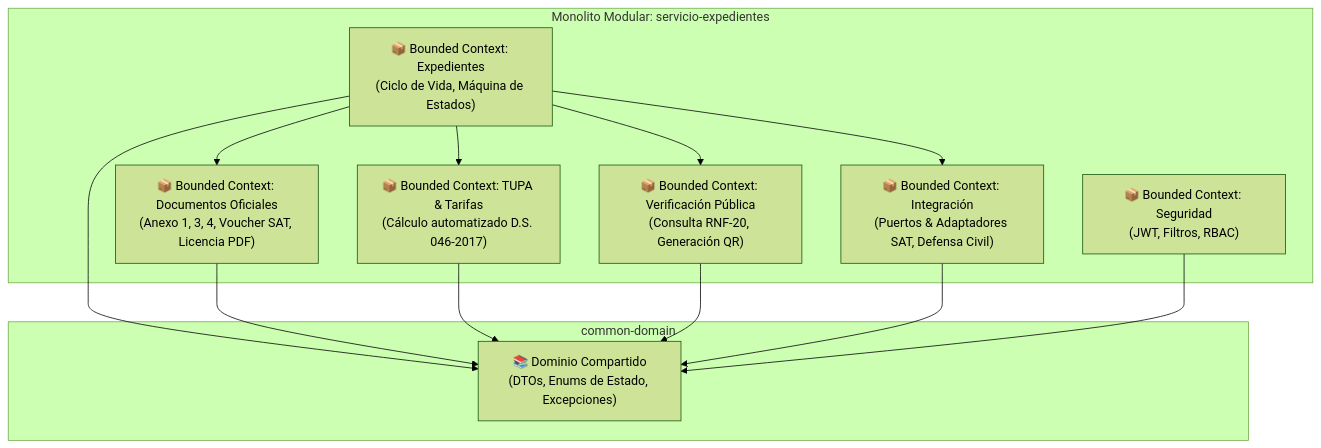
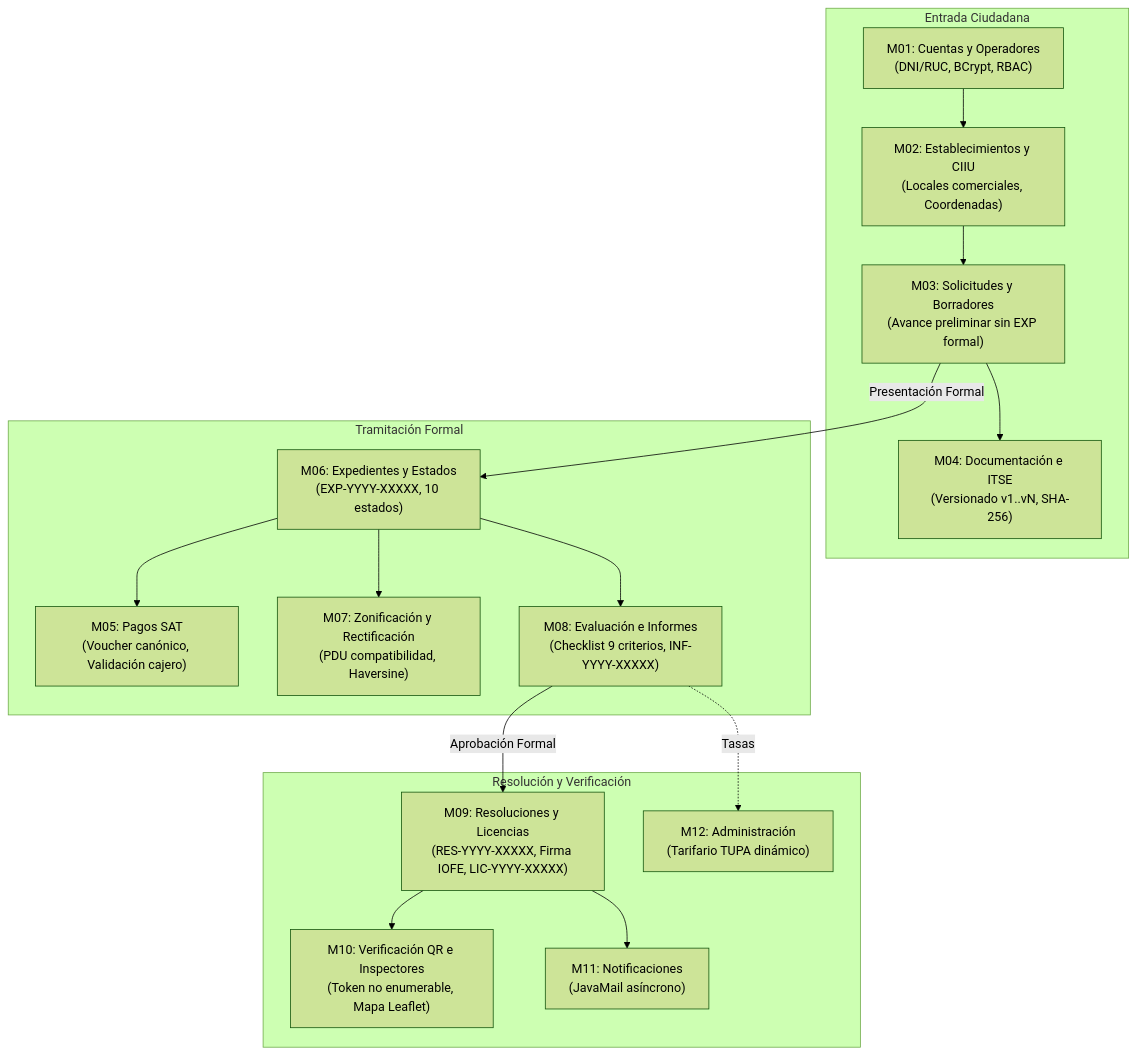
The first of 2 diagrams in docs/arquitectura/diseno-arquitectonico-monolito-modular-clean-architecture.md (Issirc20/MuniHuamanga), drawn with Mermaid (forest theme) before and after one commit. The commit also changed other lines of this file and 4 other files, not shown here.

Commit message:
docs(architecture): consolidar estilo enfoque C4 y diseno V2

````diff
--- a/docs/arquitectura/diseno-arquitectonico-monolito-modular-clean-architecture.md
+++ b/docs/arquitectura/diseno-arquitectonico-monolito-modular-clean-architecture.md
@@ -149,27 +28,35 @@
 ```mermaid
 graph TD
-    subgraph Monolito Modular: servicio-expedientes
-        BC_EXP["📦 Bounded Context: Expedientes<br/>(Ciclo de Vida, Máquina de Estados)"]
-        BC_DOC["📦 Bounded Context: Documentos Oficiales<br/>(Anexo 1, 3, 4, Voucher SAT, Licencia PDF)"]
-        BC_TUPA["📦 Bounded Context: TUPA & Tarifas<br/>(Cálculo automatizado D.S. 046-2017)"]
-        BC_VERIF["📦 Bounded Context: Verificación Pública<br/>(Consulta RNF-20, Generación QR)"]
-        BC_INT["📦 Bounded Context: Integración<br/>(Puertos & Adaptadores SAT, Defensa Civil)"]
-        BC_SEC["📦 Bounded Context: Seguridad<br/>(JWT, Filtros, RBAC)"]
+    subgraph Entrada Ciudadana
+        M01["M01: Cuentas y Operadores<br/>(DNI/RUC, BCrypt, RBAC)"]
+        M02["M02: Establecimientos y CIIU<br/>(Locales comerciales, Coordenadas)"]
+        M03["M03: Solicitudes y Borradores<br/>(Avance preliminar sin EXP formal)"]
+        M04["M04: Documentación e ITSE<br/>(Versionado v1..vN, SHA-256)"]
     end
 
-    subgraph common-domain
-        SHARED["📚 Dominio Compartido<br/>(DTOs, Enums de Estado, Excepciones)"]
+    subgraph Tramitación Formal
+        M06["M06: Expedientes y Estados<br/>(EXP-YYYY-XXXXX, 10 estados)"]
+        M05["M05: Pagos SAT<br/>(Voucher canónico, Validación cajero)"]
+        M07["M07: Zonificación y Rectificación<br/>(PDU compatibilidad, Haversine)"]
+        M08["M08: Evaluación e Informes<br/>(Checklist 9 criterios, INF-YYYY-XXXXX)"]
     end
 
-    BC_EXP --> SHARED
-    BC_DOC --> SHARED
-    BC_TUPA --> SHARED
-    BC_VERIF --> SHARED
-    BC_INT --> SHARED
-    BC_SEC --> SHARED
+    subgraph Resolución y Verificación
+        M09["M09: Resoluciones y Licencias<br/>(RES-YYYY-XXXXX, Firma IOFE, LIC-YYYY-XXXXX)"]
+        M10["M10: Verificación QR e Inspectores<br/>(Token no enumerable, Mapa Leaflet)"]
+        M11["M11: Notificaciones<br/>(JavaMail asíncrono)"]
+        M12["M12: Administración<br/>(Tarifario TUPA dinámico)"]
+    end
 
-    BC_EXP --> BC_DOC
-    BC_EXP --> BC_TUPA
-    BC_EXP --> BC_VERIF
-    BC_EXP --> BC_INT
+    M01 --> M02
+    M02 --> M03
+    M03 --> M04
+    M03 -->|Presentación Formal| M06
+    M06 --> M05
+    M06 --> M07
+    M06 --> M08
+    M08 -->|Aprobación Formal| M09
+    M09 --> M10
+    M09 --> M11
+    M08 -.->|Tasas| M12
 ```
````
